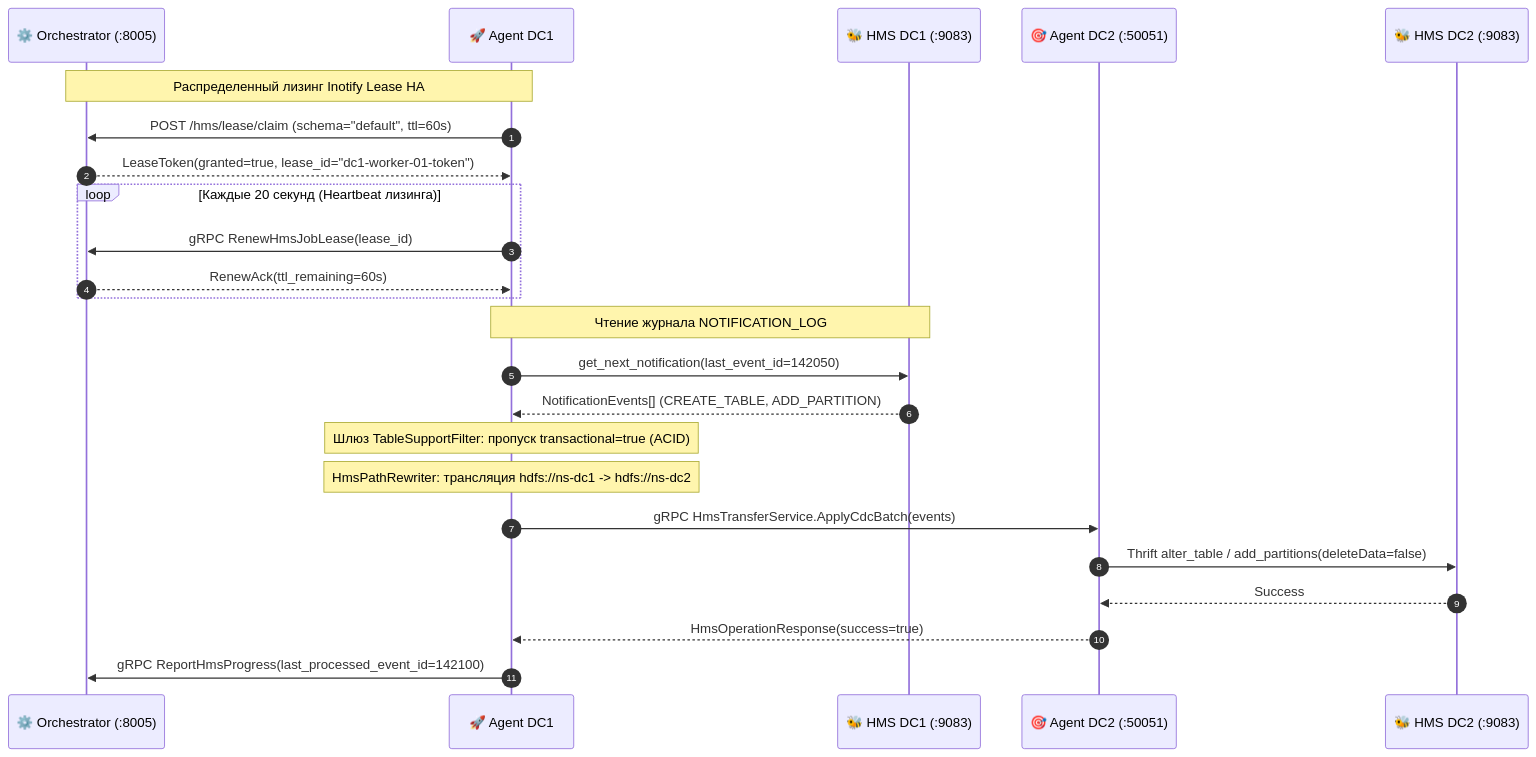
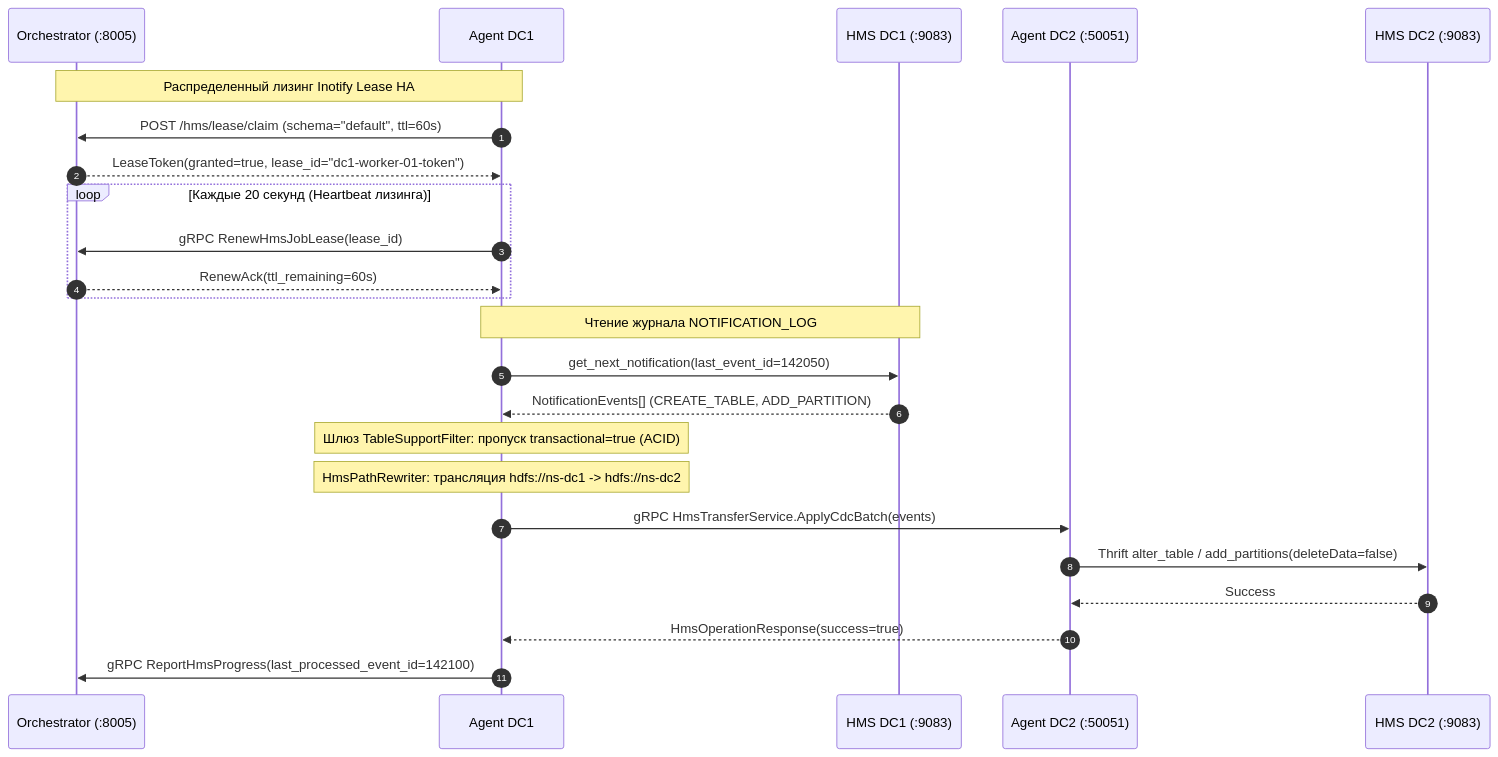
Before and after one commit to balookrd/hadoop-explorer: the second of 3 diagrams in docs/replicator-presentation.md, drawn with Mermaid. The commit also changed other lines of this file and 48 other files, not shown here.

````diff
--- a/docs/replicator-presentation.md
+++ b/docs/replicator-presentation.md
@@ -286,31 +287,31 @@
 ```mermaid
 sequenceDiagram
     autonumber
-    participant Orch as ⚙️ Orchestrator (:8005)
-    participant A1 as 🚀 Agent DC1
-    participant HMS1 as 🐝 HMS DC1 (:9083)
-    participant A2 as 🎯 Agent DC2 (:50051)
-    participant HMS2 as 🐝 HMS DC2 (:9083)
+    participant Orch as Orchestrator (:8005)
+    participant A1 as Agent DC1
+    participant HMS1 as HMS DC1 (:9083)
+    participant A2 as Agent DC2 (:50051)
+    participant HMS2 as HMS DC2 (:9083)
 
     Note over A1,Orch: Распределенный лизинг Inotify Lease HA
     A1->>Orch: POST /hms/lease/claim (schema="default", ttl=60s)
     Orch-->>A1: LeaseToken(granted=true, lease_id="dc1-worker-01-token")
 
     loop Каждые 20 секунд (Heartbeat лизинга)
         A1->>Orch: gRPC RenewHmsJobLease(lease_id)
         Orch-->>A1: RenewAck(ttl_remaining=60s)
     end
 
     Note over A1,HMS1: Чтение журнала NOTIFICATION_LOG
     A1->>HMS1: get_next_notification(last_event_id=142050)
     HMS1-->>A1: NotificationEvents[] (CREATE_TABLE, ADD_PARTITION)
 
     Note over A1: Шлюз TableSupportFilter: пропуск transactional=true (ACID)
     Note over A1: HmsPathRewriter: трансляция hdfs://ns-dc1 -> hdfs://ns-dc2
 
     A1->>A2: gRPC HmsTransferService.ApplyCdcBatch(events)
     A2->>HMS2: Thrift alter_table / add_partitions(deleteData=false)
     HMS2-->>A2: Success
     A2-->>A1: HmsOperationResponse(success=true)
     A1->>Orch: gRPC ReportHmsProgress(last_processed_event_id=142100)
 ```
````
